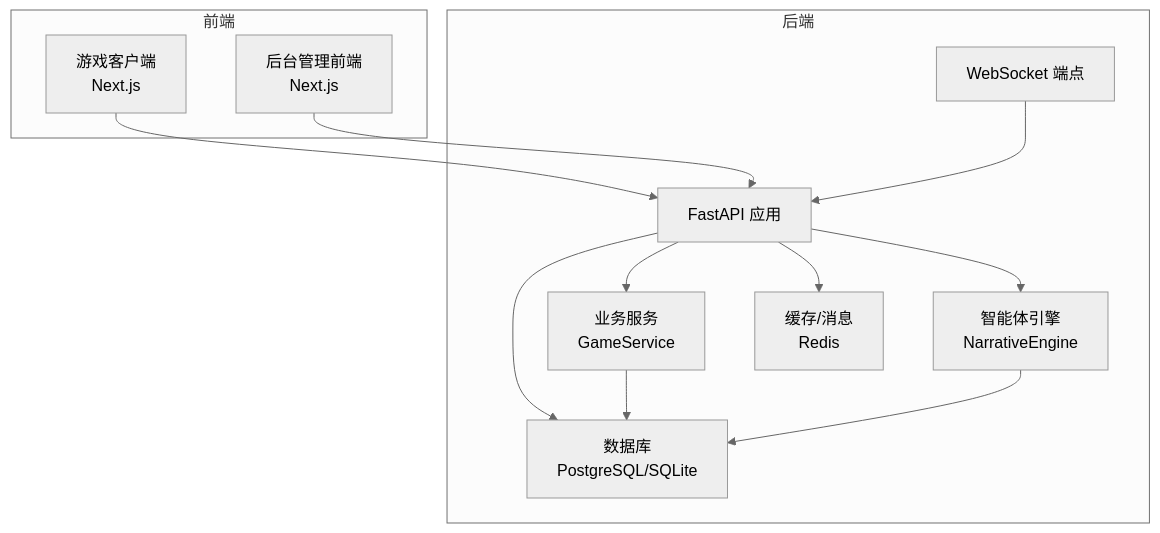
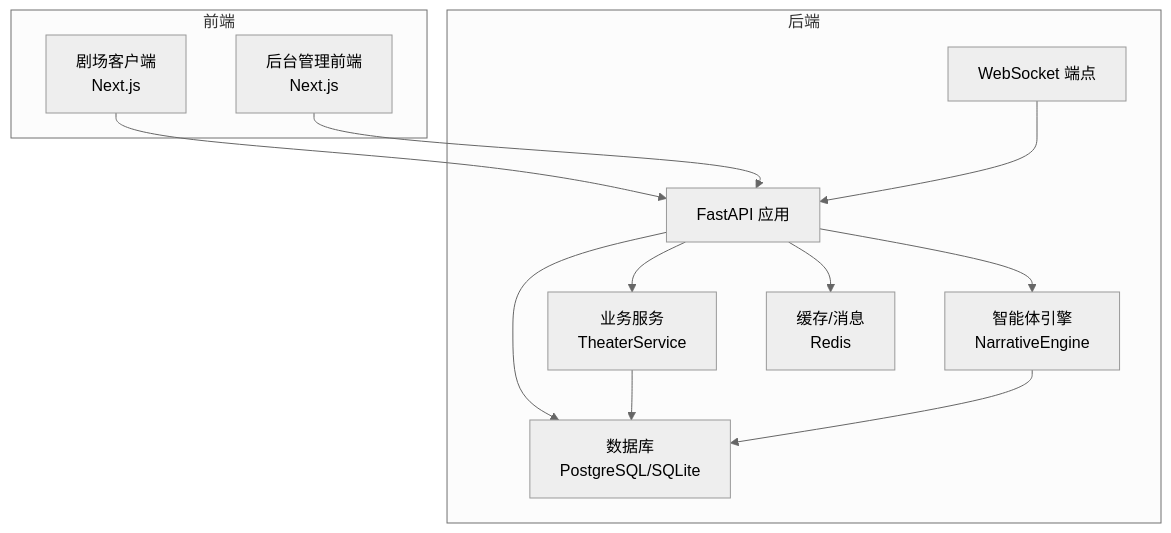
One commit to KunLabAI/KunFlix changed the second of 5 diagrams in .qoder/repowiki/zh/content/后台管理系统/玩家监控系统.md. Above: the diagram before and after it, drawn with Mermaid (neutral theme). The commit also changed other lines of this file and 112 other files, not shown here.

````diff
--- a/.qoder/repowiki/zh/content/后台管理系统/玩家监控系统.md
+++ b/.qoder/repowiki/zh/content/后台管理系统/玩家监控系统.md
@@ -133,24 +133,24 @@
 ```mermaid
 graph TB
 subgraph "前端"
-FE["游戏客户端<br/>Next.js"]
+FE["剧场客户端<br/>Next.js"]
 ADM["后台管理前端<br/>Next.js"]
 end
 subgraph "后端"
 API["FastAPI 应用"]
 WS["WebSocket 端点"]
-SRV["业务服务<br/>GameService"]
+SRV["业务服务<br/>TheaterService"]
 AGT["智能体引擎<br/>NarrativeEngine"]
 DB["数据库<br/>PostgreSQL/SQLite"]
 REDIS["缓存/消息<br/>Redis"]
 end
 FE --> API
 ADM --> API
 API --> SRV
 API --> AGT
 API --> DB
 API --> REDIS
 WS --> API
 SRV --> DB
 AGT --> DB
 ```
````
